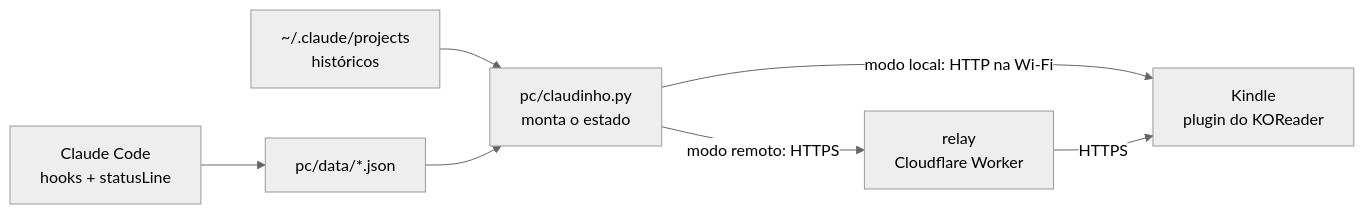
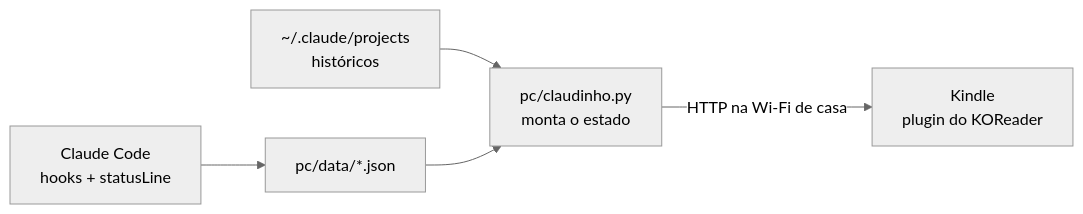
One commit to phnrezende/kindle-claude2.0 changed the diagram in README.md. Above: the diagram before and after it, drawn with Mermaid (neutral theme). The commit also changed other lines of this file and 19 other files, not shown here.

First line of the commit message:
Só modo local, e correções do hook, da privacidade e da busca

````diff
--- a/README.md
+++ b/README.md
@@ -49,8 +48,7 @@
 ```mermaid
 flowchart LR
   A[Claude Code<br/>hooks + statusLine] --> B[pc/data/*.json]
   H[~/.claude/projects<br/>históricos] --> C
   B --> C[pc/claudinho.py<br/>monta o estado]
-  C -->|modo local: HTTP na Wi-Fi| K[Kindle<br/>plugin do KOReader]
-  C -->|modo remoto: HTTPS| R[relay<br/>Cloudflare Worker] -->|HTTPS| K
+  C -->|HTTP na Wi-Fi de casa| K[Kindle<br/>plugin do KOReader]
 ```
````
